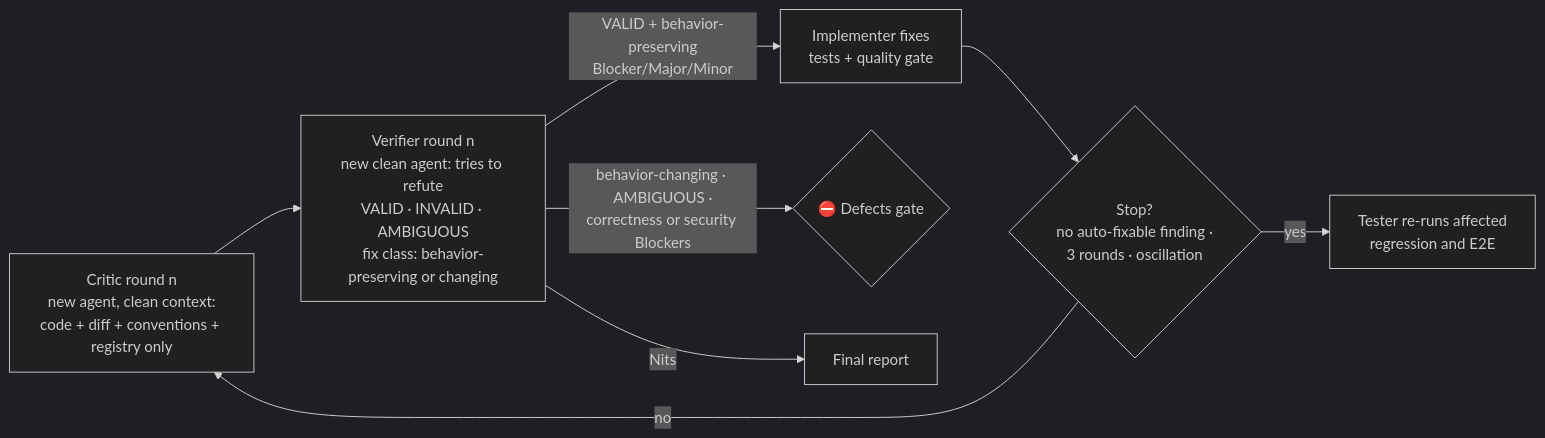
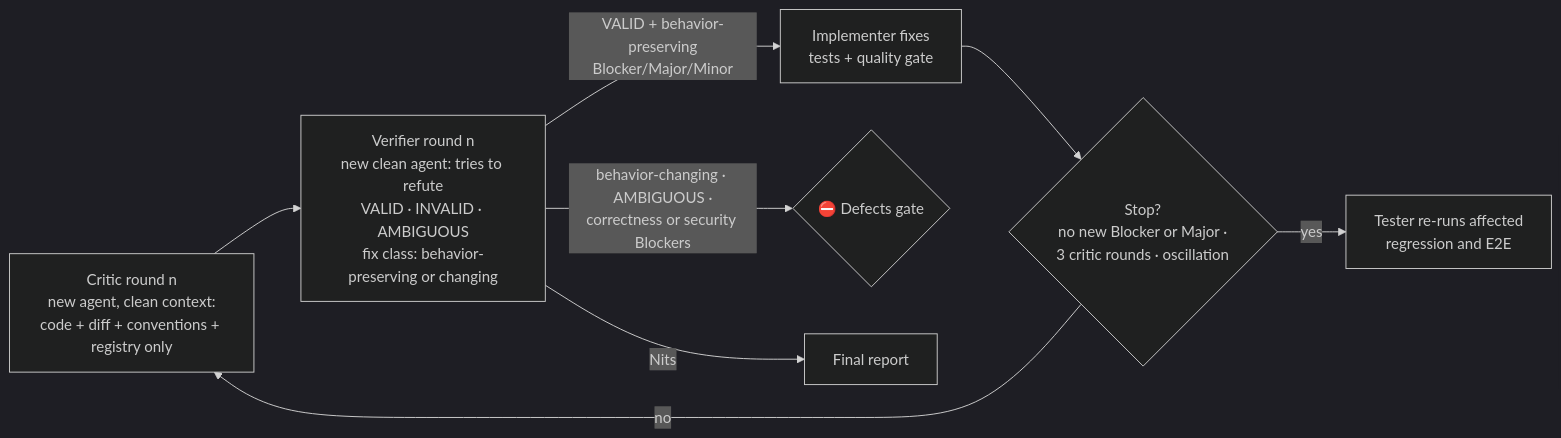
One commit to mariopedemonte12/claude-feature-workflow changed the seventh of 10 diagrams in docs/architecture.md. Above: the diagram before and after it, drawn with Mermaid (dark theme). The commit also changed other lines of this file and 12 other files, not shown here.

````diff
--- a/docs/architecture.md
+++ b/docs/architecture.md
@@ -255,10 +255,10 @@
 ```mermaid
 flowchart LR
     C["Critic round n<br/>new agent, clean context:<br/>code + diff + conventions + registry only"] --> V["Verifier round n<br/>new clean agent: tries to refute<br/>VALID · INVALID · AMBIGUOUS<br/>fix class: behavior-preserving or changing"]
     V -->|"VALID + behavior-preserving<br/>Blocker/Major/Minor"| I["Implementer fixes<br/>tests + quality gate"]
     V -->|"behavior-changing · AMBIGUOUS ·<br/>correctness or security Blockers"| G{"⛔ Defects gate"}
     V -->|"Nits"| FRP["Final report"]
-    I --> STOP{"Stop?<br/>no auto-fixable finding ·<br/>3 rounds · oscillation"}
+    I --> STOP{"Stop?<br/>no new Blocker or Major ·<br/>3 critic rounds · oscillation"}
     STOP -->|"no"| C
     STOP -->|"yes"| RT["Tester re-runs affected<br/>regression and E2E"]
 ```
````
